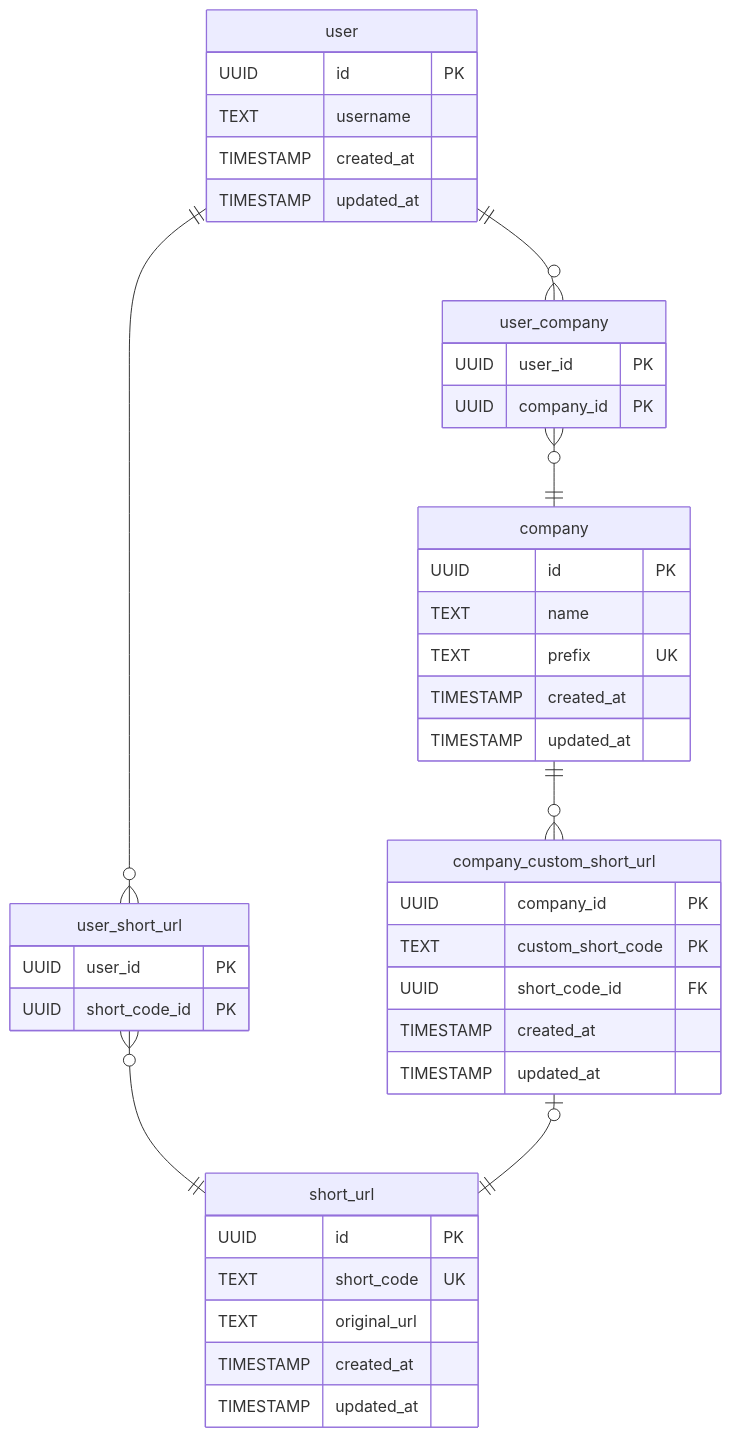
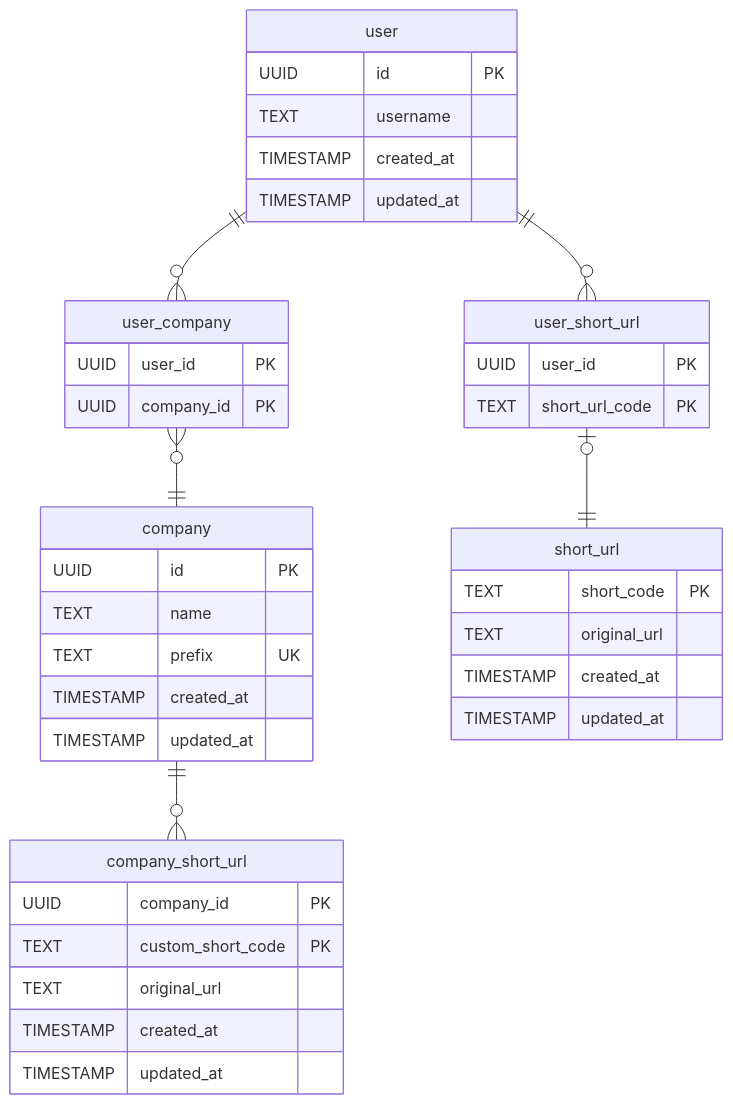
The fifth of 6 diagrams in README.md (mlizandier/url-shortener), drawn with Mermaid before and after one commit. The commit also changed other lines of this file and 2 other files, not shown here.

````diff
--- a/README.md
+++ b/README.md
@@ -152,44 +157,42 @@
 ```mermaid
 erDiagram
     user ||--o{ user_company : ""
     user_company }o--|| company : ""
     user ||--o{ user_short_url : ""
-    user_short_url }o--|| short_url : ""
-    company ||--o{ company_custom_short_url : ""
-    company_custom_short_url |o--|| short_url : ""
+    user_short_url |o--|| short_url : ""
+    company ||--o{ company_short_url : ""
     user {
         UUID id PK
         TEXT username
         TIMESTAMP created_at
         TIMESTAMP updated_at
     }
     user_company {
         UUID user_id PK
         UUID company_id PK
     }
     user_short_url {
         UUID user_id PK
-        UUID short_code_id PK
+        TEXT short_url_code PK
     }
     short_url {
-        UUID id PK
-        TEXT short_code UK
+        TEXT short_code PK
         TEXT original_url
         TIMESTAMP created_at
         TIMESTAMP updated_at
     }
     company {
         UUID id PK
         TEXT name
         TEXT prefix UK
         TIMESTAMP created_at
         TIMESTAMP updated_at
     }
-    company_custom_short_url {
+    company_short_url {
         UUID company_id PK
         TEXT custom_short_code PK
-        UUID short_code_id FK
+        TEXT original_url
         TIMESTAMP created_at
         TIMESTAMP updated_at
     }
 ```
````
